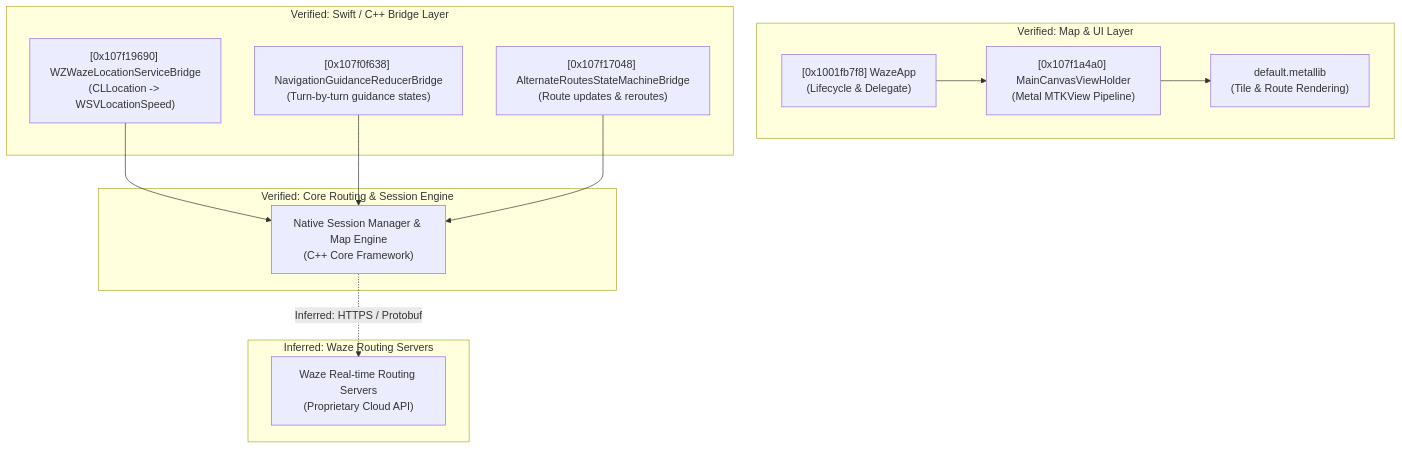
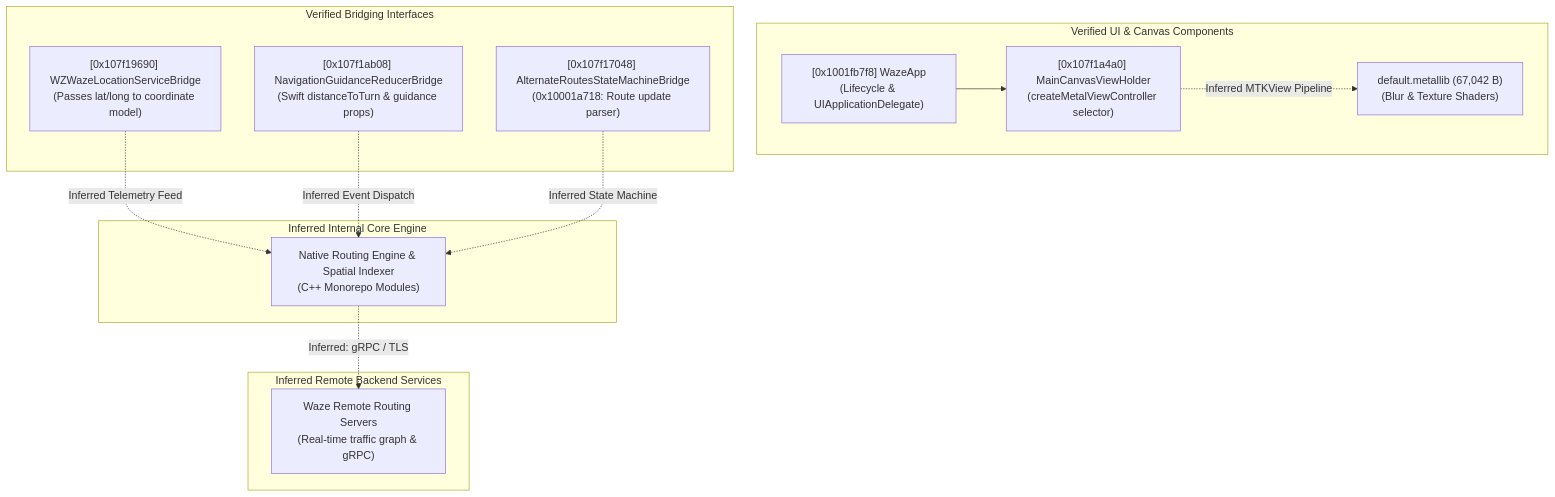
Before and after one commit to ysiduc/waze: the diagram in README.md, drawn with Mermaid. The commit also changed other lines of this file and 10 other files, not shown here.

````diff
--- a/README.md
+++ b/README.md
@@ -58,29 +63,29 @@
 ```mermaid
 graph TD
-    subgraph UI_Map_Layer [Verified: Map & UI Layer]
-        WazeApp["[0x1001fb7f8] WazeApp\n(Lifecycle & Delegate)"]
-        MainCanvas["[0x107f1a4a0] MainCanvasViewHolder\n(Metal MTKView Pipeline)"]
-        MetalShaders["default.metallib\n(Tile & Route Rendering)"]
+    subgraph UI_Map_Layer [Verified UI & Canvas Components]
+        WazeApp["[0x1001fb7f8] WazeApp\n(Lifecycle & UIApplicationDelegate)"]
+        MainCanvas["[0x107f1a4a0] MainCanvasViewHolder\n(createMetalViewController selector)"]
+        MetalShaders["default.metallib (67,042 B)\n(Blur & Texture Shaders)"]
     end
 
-    subgraph Bridge_Layer [Verified: Swift / C++ Bridge Layer]
-        LocBridge["[0x107f19690] WZWazeLocationServiceBridge\n(CLLocation -> WSVLocationSpeed)"]
-        GuidanceReducer["[0x107f0f638] NavigationGuidanceReducerBridge\n(Turn-by-turn guidance states)"]
-        RouteState["[0x107f17048] AlternateRoutesStateMachineBridge\n(Route updates & reroutes)"]
+    subgraph Bridge_Layer [Verified Bridging Interfaces]
+        LocBridge["[0x107f19690] WZWazeLocationServiceBridge\n(Passes lat/long to coordinate model)"]
+        GuidanceReducer["[0x107f1ab08] NavigationGuidanceReducerBridge\n(Swift distanceToTurn & guidance props)"]
+        RouteState["[0x107f17048] AlternateRoutesStateMachineBridge\n(0x10001a718: Route update parser)"]
     end
 
-    subgraph Native_Core [Verified: Core Routing & Session Engine]
-        NativeSession["Native Session Manager & Map Engine\n(C++ Core Framework)"]
+    subgraph Native_Core [Inferred Internal Core Engine]
+        NativeSession["Native Routing Engine & Spatial Indexer\n(C++ Monorepo Modules)"]
     end
 
-    subgraph External_Cloud [Inferred: Waze Routing Servers]
-        RoutingBackend["Waze Real-time Routing Servers\n(Proprietary Cloud API)"]
+    subgraph External_Cloud [Inferred Remote Backend Services]
+        RoutingBackend["Waze Remote Routing Servers\n(Real-time traffic graph & gRPC)"]
     end
 
     WazeApp --> MainCanvas
-    MainCanvas --> MetalShaders
-    LocBridge --> NativeSession
-    GuidanceReducer --> NativeSession
-    RouteState --> NativeSession
-    NativeSession -.->|"Inferred: HTTPS / Protobuf"| RoutingBackend
+    MainCanvas -.->|"Inferred MTKView Pipeline"| MetalShaders
+    LocBridge -.->|"Inferred Telemetry Feed"| NativeSession
+    GuidanceReducer -.->|"Inferred Event Dispatch"| NativeSession
+    RouteState -.->|"Inferred State Machine"| NativeSession
+    NativeSession -.->|"Inferred: gRPC / TLS"| RoutingBackend
 ```
````
